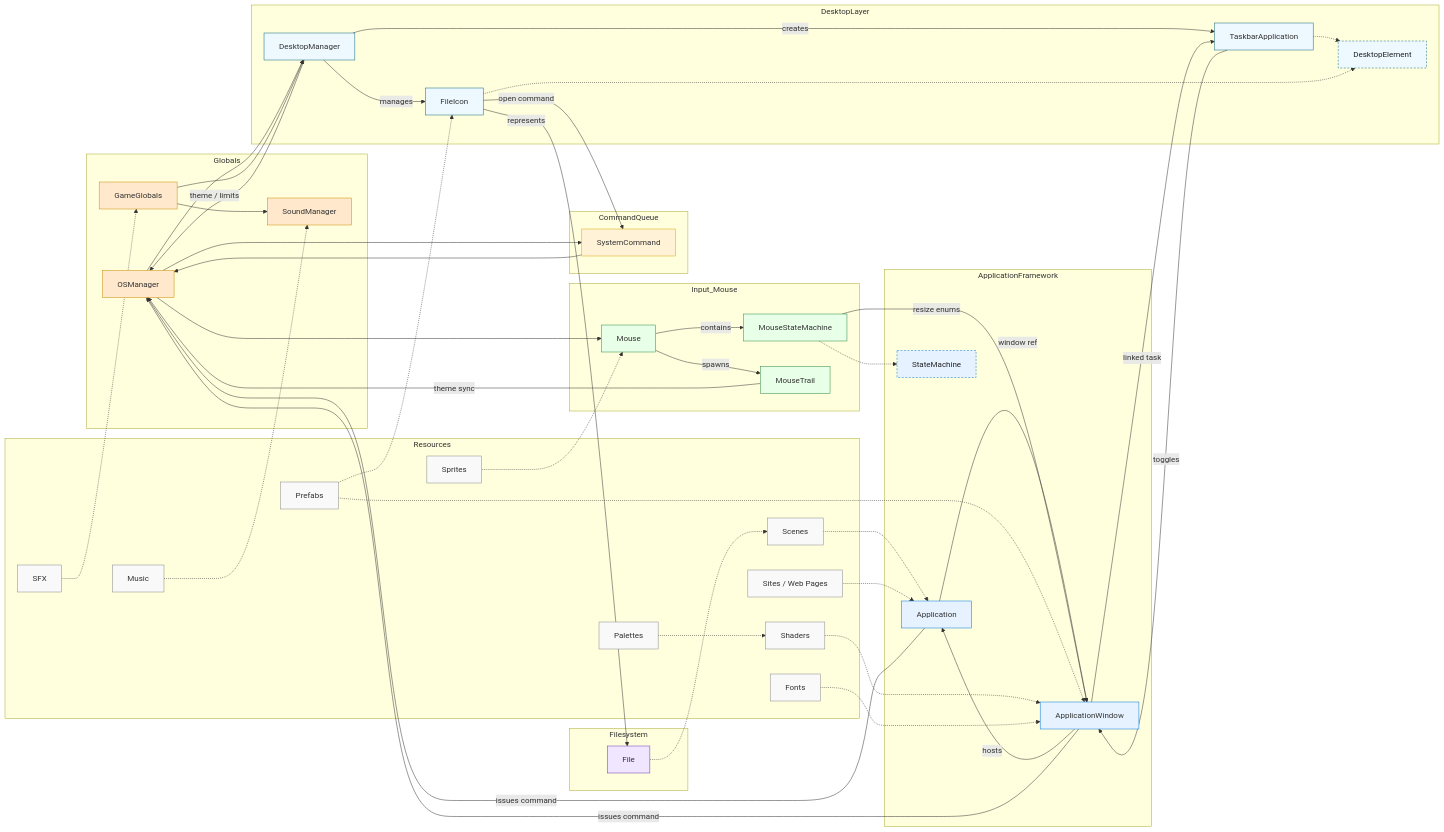
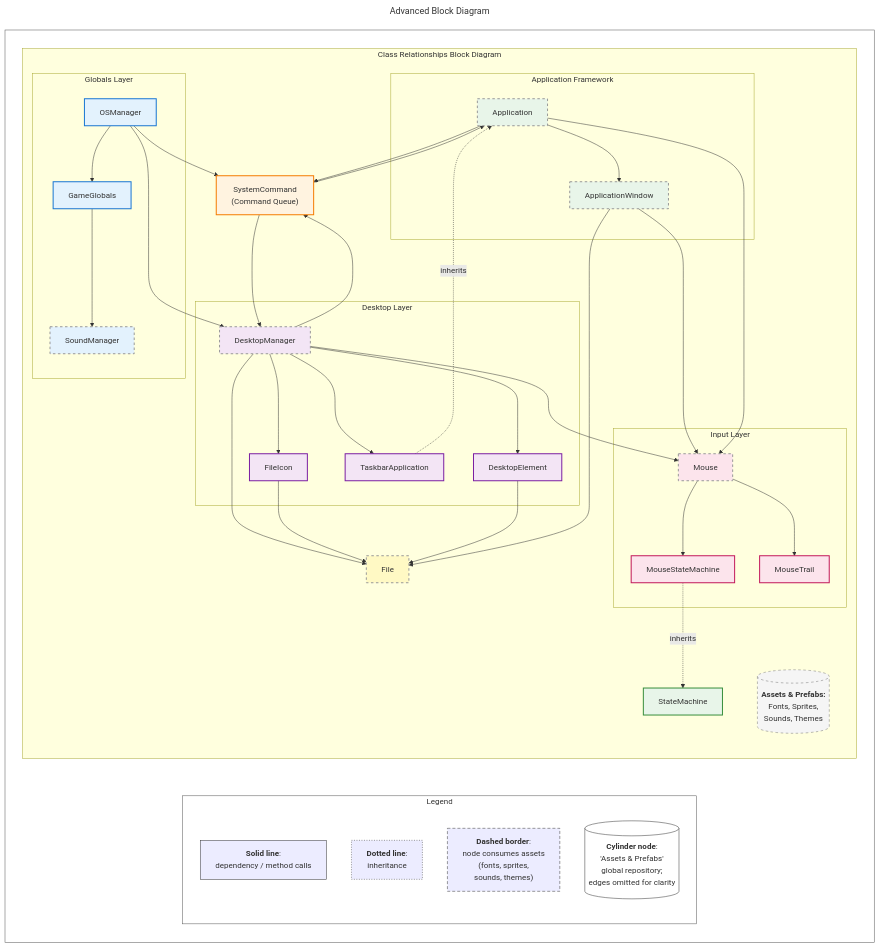
Before and after one commit to OS-Simulator-Mystery-Game/senior-design-wiki: the diagram in docs/charts/advanced-block-diagram.mmd, drawn with Mermaid.

Commit message:
Better graph - but weird spacing for legend

```diff
--- a/docs/charts/advanced-block-diagram.mmd
+++ b/docs/charts/advanced-block-diagram.mmd
@@ -1,106 +1,124 @@
-flowchart LR
+---
+title: Advanced Block Diagram
+---
+%%{init: {'flowchart': {'nodeSpacing': 50, 'rankSpacing': 50, 'curve': 'basis'}} }%%
+flowchart TB
 
-classDef globals fill:#ffe8cc,stroke:#cc8a00,stroke-width:1px;
-classDef commands fill:#fff2d6,stroke:#d9a404,stroke-width:1px;
-classDef framework fill:#e6f2ff,stroke:#0074d9,stroke-width:1px;
-classDef desktop fill:#eef9ff,stroke:#0d667a,stroke-width:1px;
-classDef filesystem fill:#f0e6ff,stroke:#6b36b7,stroke-width:1px;
-classDef input fill:#e8ffe8,stroke:#2b8a3e,stroke-width:1px;
-classDef resources fill:#f9f9f9,stroke:#888,stroke-width:1px;
-classDef inherit stroke-dasharray:4 3,stroke:#555,color:#222;
+subgraph Diagram[" "]
+    direction TB
 
-subgraph Globals
-  OSManager[OSManager]
-  GameGlobals[GameGlobals]
-  SoundManager[SoundManager]
+    subgraph DetailedView[" Class Relationships Block Diagram "]
+        direction TB
+    
+    %% Globals Layer
+    subgraph GlobalsLayer[" Globals Layer "]
+        OSManager2["OSManager"]:::global
+        GameGlobals2["GameGlobals"]:::global
+        SoundManager2["SoundManager"]:::global
+    end
+    
+    %% Command Queue
+    SystemCommand2["SystemCommand<br/>(Command Queue)"]:::command
+    
+    %% Desktop Layer
+    subgraph DesktopLayer[" Desktop Layer "]
+        DesktopManager2["DesktopManager"]:::desktop
+        FileIcon2["FileIcon"]:::desktop
+        DesktopElement2["DesktopElement"]:::desktop
+        TaskbarApplication2["TaskbarApplication"]:::desktop
+    end
+    
+    %% Input Layer
+    subgraph InputLayer[" Input Layer "]
+        Mouse2["Mouse"]:::input
+        MouseStateMachine2["MouseStateMachine"]:::input
+        MouseTrail2["MouseTrail"]:::input
+    end
+    
+    %% Application Framework
+    subgraph AppFramework[" Application Framework "]
+        Application2["Application"]:::app
+        ApplicationWindow2["ApplicationWindow"]:::app
+    end
+    
+    %% Filesystem
+    File2["File"]:::fs
+    
+    %% StateMachine (placed separately for better layout)
+    StateMachine2["StateMachine"]:::app
+    
+    %% Assets & Resources
+    Assets2[("<b>Assets & Prefabs:</b><br/>Fonts, Sprites,<br/>Sounds, Themes")]:::assets
+    
+    %% Core Dependencies
+    OSManager2 --> SystemCommand2
+    OSManager2 --> DesktopManager2
+    OSManager2 --> GameGlobals2
+    GameGlobals2 --> SoundManager2
+    SystemCommand2 --> DesktopManager2
+    SystemCommand2 --> Application2
+    
+    %% Desktop interactions
+    DesktopManager2 --> FileIcon2
+    DesktopManager2 --> DesktopElement2
+    DesktopManager2 --> TaskbarApplication2
+    DesktopManager2 --> SystemCommand2
+    DesktopManager2 --> File2
+    FileIcon2 --> File2
+    DesktopElement2 --> File2
+    
+    %% Application interactions
+    Application2 --> ApplicationWindow2
+    Application2 --> SystemCommand2
+    ApplicationWindow2 --> Mouse2
+    ApplicationWindow2 --> File2
+    
+    %% Input connections
+    Mouse2 --> MouseStateMachine2
+    Mouse2 --> MouseTrail2
+    DesktopManager2 --> Mouse2
+    Application2 --> Mouse2
+    
+    %% Asset consumption indication (no edges)
+    %% Dashed borders mark specific nodes that consume assets
+    style DesktopManager2 stroke-dasharray: 5 5,stroke:#999
+    style Application2 stroke-dasharray: 5 5,stroke:#999
+    style ApplicationWindow2 stroke-dasharray: 5 5,stroke:#999
+    style Mouse2 stroke-dasharray: 5 5,stroke:#999
+    style File2 stroke-dasharray: 5 5,stroke:#999
+    style SoundManager2 stroke-dasharray: 5 5,stroke:#999
+    
+    %% Inheritance (dotted)
+    TaskbarApplication2 -.->|inherits| Application2
+    MouseStateMachine2 -.->|inherits| StateMachine2
+    
+    end
+
+    %% Legend (kept separate but guaranteed below by Diagram stacking)
+    subgraph LegendBox[" Legend "]
+        direction TB
+        LegendSolid["<b>Solid line</b>:<br/>dependency / method calls"]
+        LegendDotted["<b>Dotted line</b>:<br/>inheritance"]
+        LegendDashedBorder["<b>Dashed border</b>:<br/>node consumes assets<br/>(fonts, sprites,<br/>sounds, themes)"]
+        LegendAssetsShape[("<b>Cylinder node</b>:<br/>'Assets & Prefabs'<br/>global repository;<br/>edges omitted for clarity")]
+    end
 end
 
-subgraph CommandQueue
-  SystemCommand[SystemCommand]
-end
-
-subgraph ApplicationFramework
-  Application[Application]
-  ApplicationWindow[ApplicationWindow]
-  StateMachine[StateMachine]
-end
-
-subgraph DesktopLayer
-  DesktopManager[DesktopManager]
-  DesktopElement[DesktopElement]
-  FileIcon[FileIcon]
-  TaskbarApplication[TaskbarApplication]
-end
-
-subgraph Filesystem
-  File[File]
-end
-
-subgraph Input_Mouse
-  Mouse[Mouse]
-  MouseStateMachine[MouseStateMachine]
-  MouseTrail[MouseTrail]
-end
-
-subgraph Resources
-  Scenes[Scenes]
-  Prefabs[Prefabs]
-  Sprites[Sprites]
-  Shaders[Shaders]
-  SFX[SFX]
-  Music[Music]
-  Fonts[Fonts]
-  Palettes[Palettes]
-  Sites[Sites / Web Pages]
-end
-
-%% Inheritance
-TaskbarApplication -.-> DesktopElement:::inherit
-FileIcon -.-> DesktopElement:::inherit
-MouseStateMachine -.-> StateMachine:::inherit
-
-%% Composition
-ApplicationWindow -->|hosts| Application
-DesktopManager -->|manages| FileIcon
-DesktopManager -->|creates| TaskbarApplication
-Mouse -->|contains| MouseStateMachine
-Mouse -->|spawns| MouseTrail
-
-%% Dependencies
-OSManager --> DesktopManager
-OSManager --> Mouse
-OSManager --> SystemCommand
-SystemCommand --> OSManager
-Application -->|issues command| OSManager
-ApplicationWindow -->|issues command| OSManager
-Application -->|window ref| ApplicationWindow
-ApplicationWindow -->|linked task| TaskbarApplication
-TaskbarApplication -->|toggles| ApplicationWindow
-FileIcon -->|represents| File
-FileIcon -->|open command| SystemCommand
-DesktopManager -->|theme / limits| OSManager
-GameGlobals --> DesktopManager
-GameGlobals --> SoundManager
-MouseStateMachine -->|resize enums| ApplicationWindow
-MouseTrail -->|theme sync| OSManager
-
-%% Resource references (dashed)
-Scenes -.-> Application
-Prefabs -.-> ApplicationWindow
-Prefabs -.-> FileIcon
-Sprites -.-> Mouse
-Shaders -.-> ApplicationWindow
-SFX -.-> GameGlobals
-Music -.-> SoundManager
-Fonts -.-> ApplicationWindow
-Palettes -.-> Shaders
-Sites -.-> Application
-File -.-> Scenes
-
-class OSManager,GameGlobals,SoundManager globals
-class SystemCommand commands
-class Application,ApplicationWindow,StateMachine framework
-class DesktopManager,DesktopElement,FileIcon,TaskbarApplication desktop
-class File filesystem
-class Mouse,MouseStateMachine,MouseTrail input
-class Scenes,Prefabs,Sprites,Shaders,SFX,Music,Fonts,Palettes,Sites resources
+%% Style classes
+classDef global fill:#e3f2fd,stroke:#1976d2,stroke-width:2px;
+classDef command fill:#fff3e0,stroke:#f57c00,stroke-width:2px;
+classDef desktop fill:#f3e5f5,stroke:#7b1fa2,stroke-width:2px;
+classDef app fill:#e8f5e9,stroke:#388e3c,stroke-width:2px;
+classDef input fill:#fce4ec,stroke:#c2185b,stroke-width:2px;
+classDef fs fill:#fff9c4,stroke:#f9a825,stroke-width:2px;
+classDef assets fill:#f5f5f5,stroke:#757575,stroke-width:1px,stroke-dasharray: 5 5;
+ 
+style LegendBox fill:#ffffff,stroke:#555,stroke-width:1px
+style Diagram fill:#ffffff,stroke:#555,stroke-width:1px
+style LegendSolid stroke-dasharray:0,stroke:#333
+style LegendDotted stroke-dasharray:2 3,stroke:#333
+style LegendDashedBorder stroke-dasharray:6 4,stroke:#333
+style LegendAssetsShape stroke:#333,stroke-width:1px,fill:#fff
+%% Invisible anchor edge to force legend below; styled fully transparent
+DetailedView --> LegendBox
+linkStyle 23 stroke:transparent,opacity:0
```
